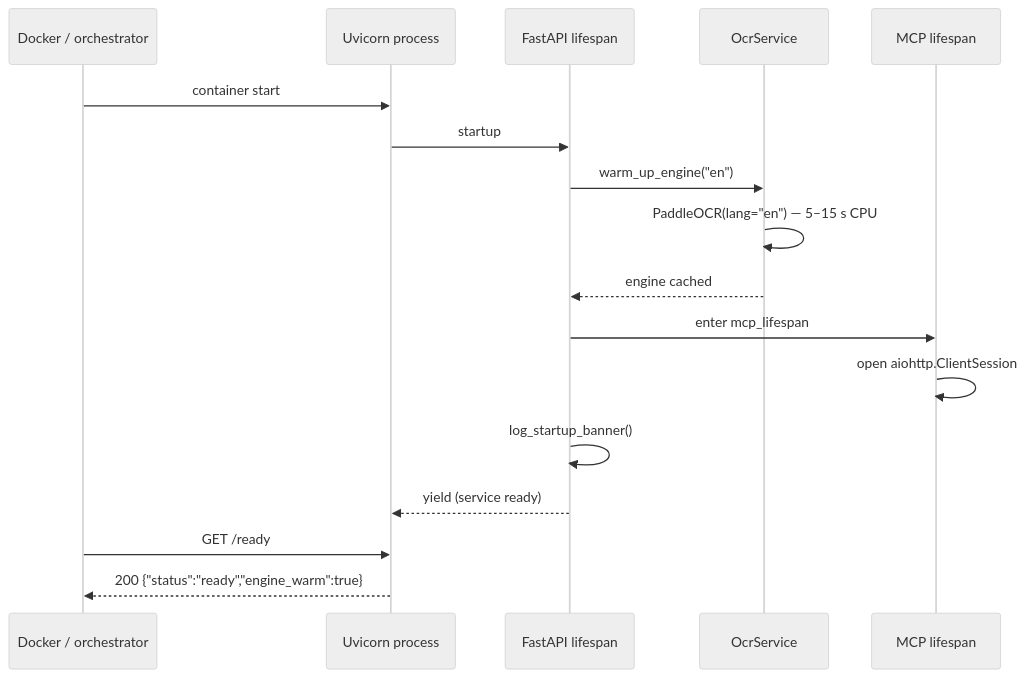
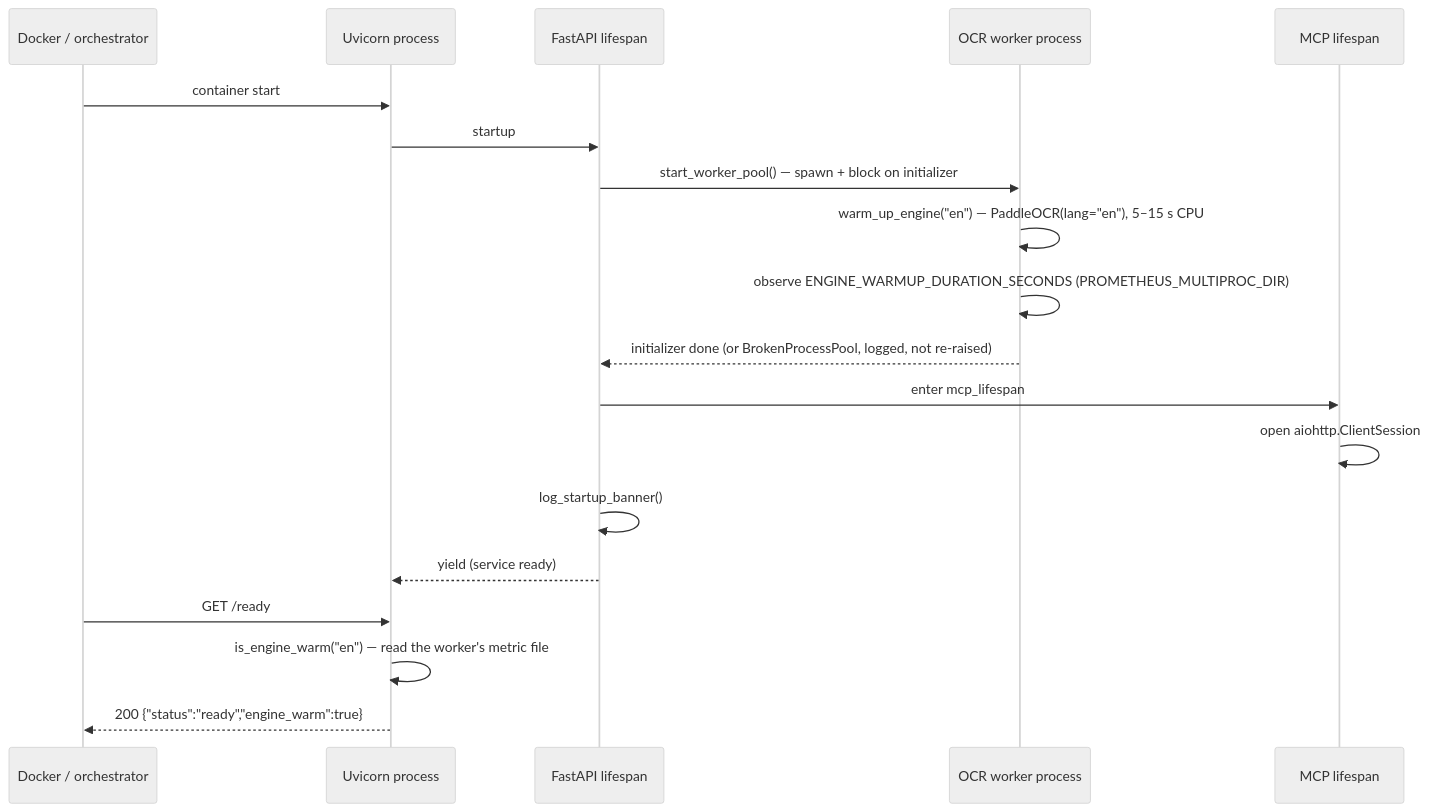
One commit to Lukk17/AscendAI changed the first of 3 diagrams in PaddleOCR/docs/architecture/arc42/06-runtime-view.md. Above: the diagram before and after it, drawn with Mermaid (neutral theme). The commit also changed other lines of this file and 30 other files, not shown here.

````diff
--- a/PaddleOCR/docs/architecture/arc42/06-runtime-view.md
+++ b/PaddleOCR/docs/architecture/arc42/06-runtime-view.md
@@ -7,20 +7,22 @@
 ```mermaid
 sequenceDiagram
     participant Docker as Docker / orchestrator
     participant Uvicorn as Uvicorn process
     participant Lifespan as FastAPI lifespan
-    participant OcrSvc as OcrService
+    participant Pool as OCR worker process
     participant MCPLife as MCP lifespan
 
     Docker->>Uvicorn: container start
     Uvicorn->>Lifespan: startup
-    Lifespan->>OcrSvc: warm_up_engine("en")
-    OcrSvc->>OcrSvc: PaddleOCR(lang="en") — 5–15 s CPU
-    OcrSvc-->>Lifespan: engine cached
+    Lifespan->>Pool: start_worker_pool() — spawn + block on initializer
+    Pool->>Pool: warm_up_engine("en") — PaddleOCR(lang="en"), 5–15 s CPU
+    Pool->>Pool: observe ENGINE_WARMUP_DURATION_SECONDS (PROMETHEUS_MULTIPROC_DIR)
+    Pool-->>Lifespan: initializer done (or BrokenProcessPool, logged, not re-raised)
     Lifespan->>MCPLife: enter mcp_lifespan
     MCPLife->>MCPLife: open aiohttp.ClientSession
     Lifespan->>Lifespan: log_startup_banner()
     Lifespan-->>Uvicorn: yield (service ready)
     Docker->>Uvicorn: GET /ready
+    Uvicorn->>Uvicorn: is_engine_warm("en") — read the worker's metric file
     Uvicorn-->>Docker: 200 {"status":"ready","engine_warm":true}
 ```
````
